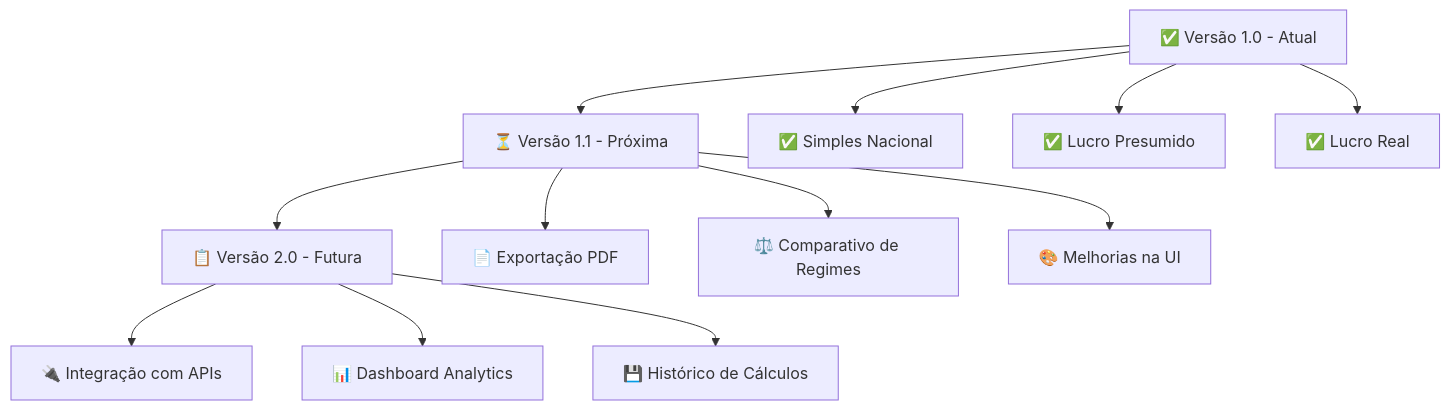
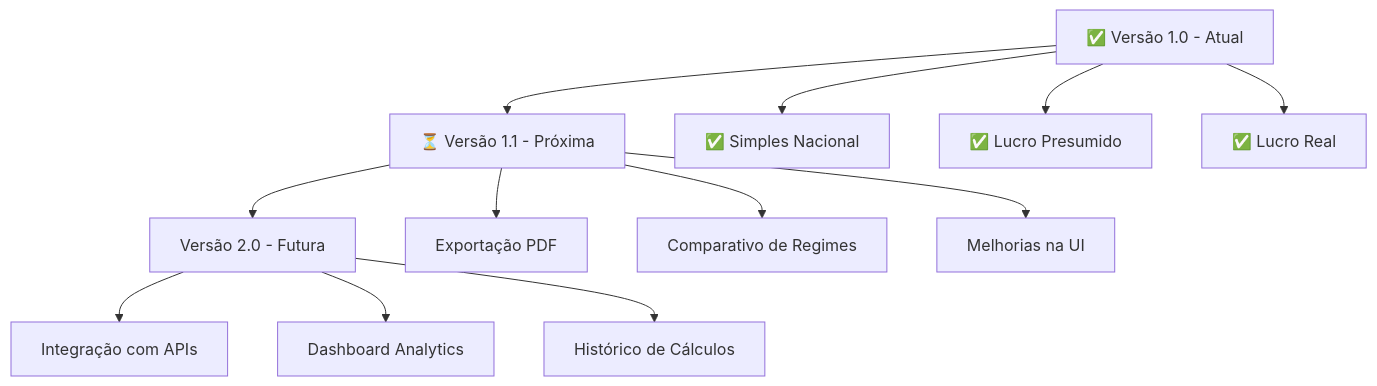
Before and after one commit to rogeramorim7/calculadora-impostos-br-streamlit: the diagram in README.md, drawn with Mermaid.

````diff
--- a/README.md
+++ b/README.md
@@ -181,17 +181,17 @@
 ```mermaid
 graph TD
     A[✅ Versão 1.0 - Atual] --> B[⏳ Versão 1.1 - Próxima]
-    B --> C[📋 Versão 2.0 - Futura]
+    B --> C[ Versão 2.0 - Futura]
     
     A --> A1[✅ Simples Nacional]
     A --> A2[✅ Lucro Presumido] 
     A --> A3[✅ Lucro Real]
     
-    B --> B1[📄 Exportação PDF]
-    B --> B2[⚖️ Comparativo de Regimes]
-    B --> B3[🎨 Melhorias na UI]
+    B --> B1[ Exportação PDF]
+    B --> B2[ Comparativo de Regimes]
+    B --> B3[ Melhorias na UI]
     
-    C --> C1[🔌 Integração com APIs]
-    C --> C2[📊 Dashboard Analytics]
-    C --> C3[💾 Histórico de Cálculos]
+    C --> C1[ Integração com APIs]
+    C --> C2[ Dashboard Analytics]
+    C --> C3[ Histórico de Cálculos]
 ```
````
